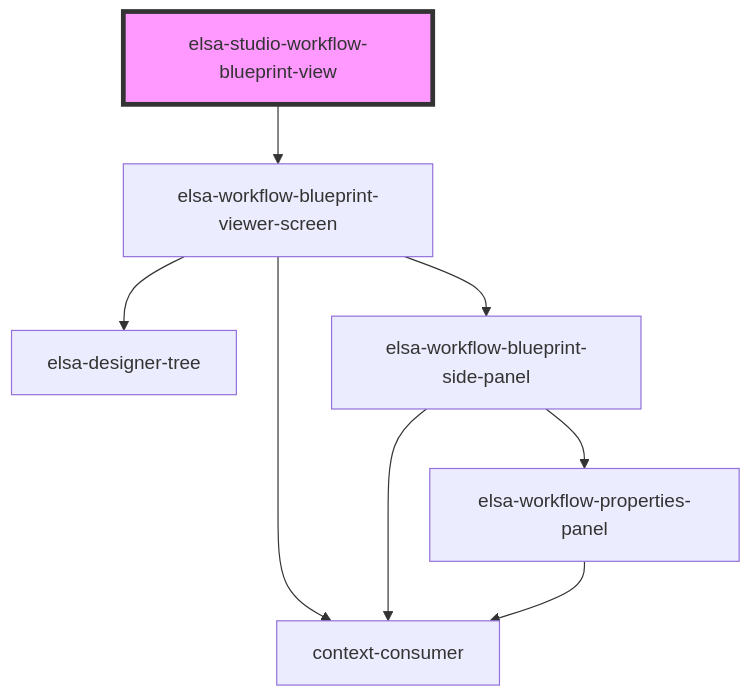
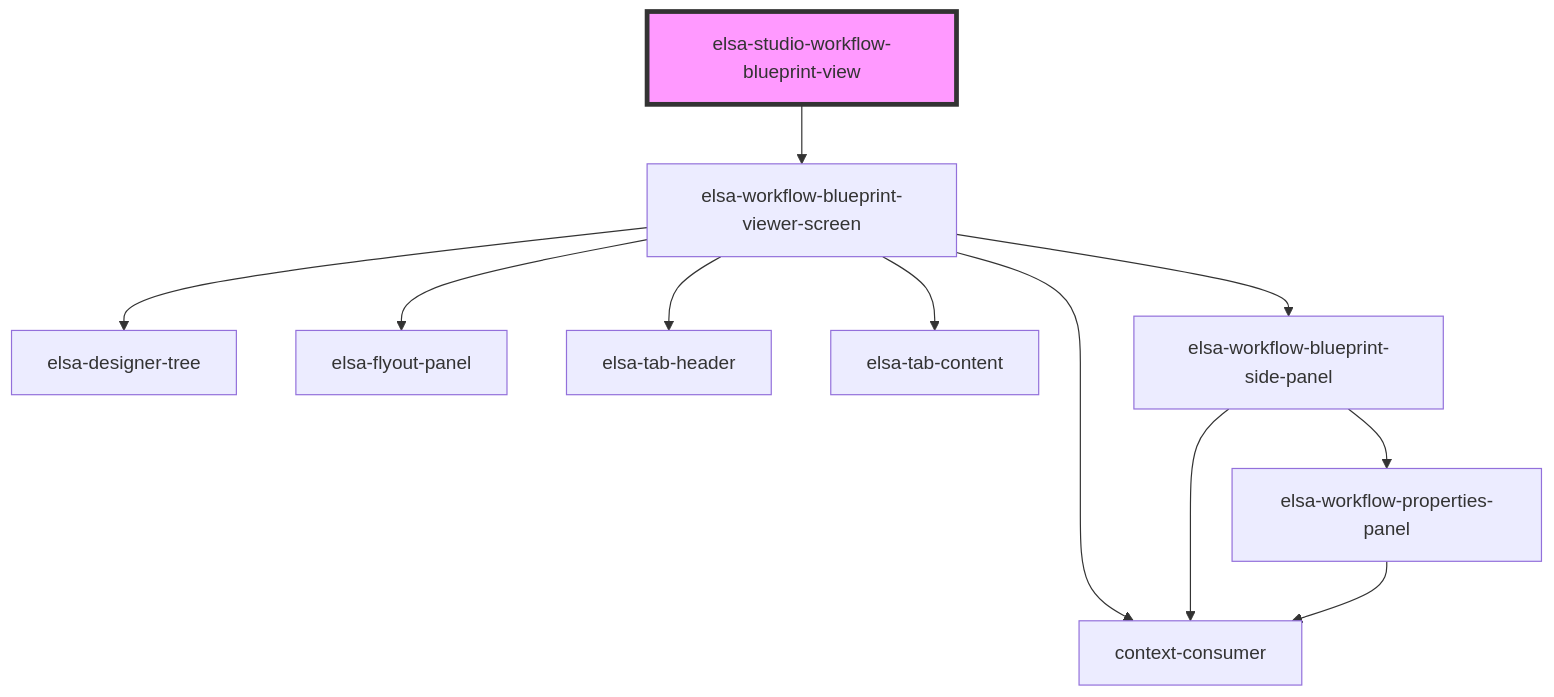
The diagram in src/designer/elsa-workflows-studio/src/components/dashboard/pages/elsa-studio-workflow-blueprint-view/readme.md (elsa-workflows/elsa-core), drawn with Mermaid before and after one commit. The commit also changed 29 other files, not shown here.

Commit message:
Added flyout panel to instances page. Refactored existing properties panel to share the same component.

````diff
--- a/src/designer/elsa-workflows-studio/src/components/dashboard/pages/elsa-studio-workflow-blueprint-view/readme.md
+++ b/src/designer/elsa-workflows-studio/src/components/dashboard/pages/elsa-studio-workflow-blueprint-view/readme.md
@@ -22,11 +22,14 @@
 ```mermaid
 graph TD;
   elsa-studio-workflow-blueprint-view --> elsa-workflow-blueprint-viewer-screen
   elsa-workflow-blueprint-viewer-screen --> elsa-designer-tree
+  elsa-workflow-blueprint-viewer-screen --> elsa-flyout-panel
+  elsa-workflow-blueprint-viewer-screen --> elsa-tab-header
+  elsa-workflow-blueprint-viewer-screen --> elsa-tab-content
   elsa-workflow-blueprint-viewer-screen --> elsa-workflow-blueprint-side-panel
   elsa-workflow-blueprint-viewer-screen --> context-consumer
   elsa-workflow-blueprint-side-panel --> elsa-workflow-properties-panel
   elsa-workflow-blueprint-side-panel --> context-consumer
   elsa-workflow-properties-panel --> context-consumer
   style elsa-studio-workflow-blueprint-view fill:#f9f,stroke:#333,stroke-width:4px
 ```
````
